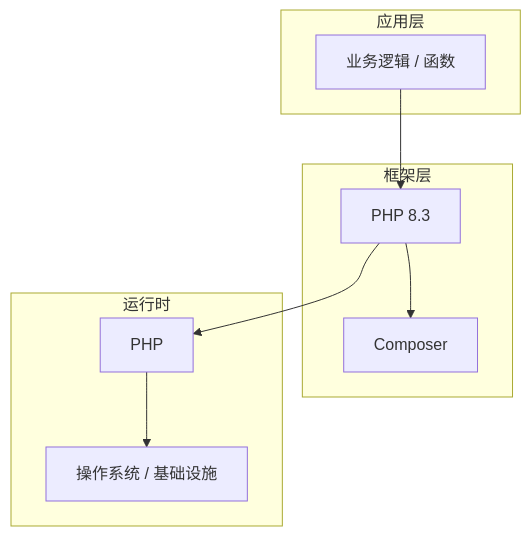
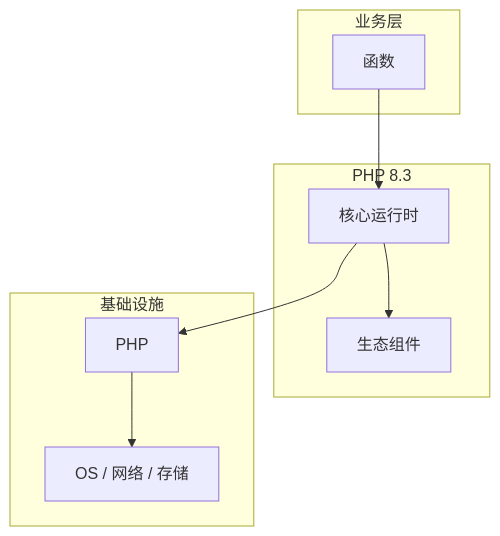
One commit to yanggan2015/knowledge-json-v2 changed the diagram in articles/PHP/chapters/019-函数核心概念与原理.md. Above: the diagram before and after it, drawn with Mermaid. The commit also changed other lines of this file and 10127 other files, not shown here.

````diff
--- a/articles/PHP/chapters/019-函数核心概念与原理.md
+++ b/articles/PHP/chapters/019-函数核心概念与原理.md
@@ -45,18 +34,18 @@
 ```mermaid
 graph TB
-    subgraph 应用层
-        A[业务逻辑 / 函数]
+    subgraph 业务层
+        A[函数]
     end
-    subgraph 框架层
-        B[PHP 8.3]
-        C[Composer]
+    subgraph PHP 8.3
+        B[核心运行时]
+        C[生态组件]
     end
-    subgraph 运行时
+    subgraph 基础设施
         D[PHP]
-        E[操作系统 / 基础设施]
+        E[OS / 网络 / 存储]
     end
     A --> B
     B --> C
     B --> D
     D --> E
 ```
````
